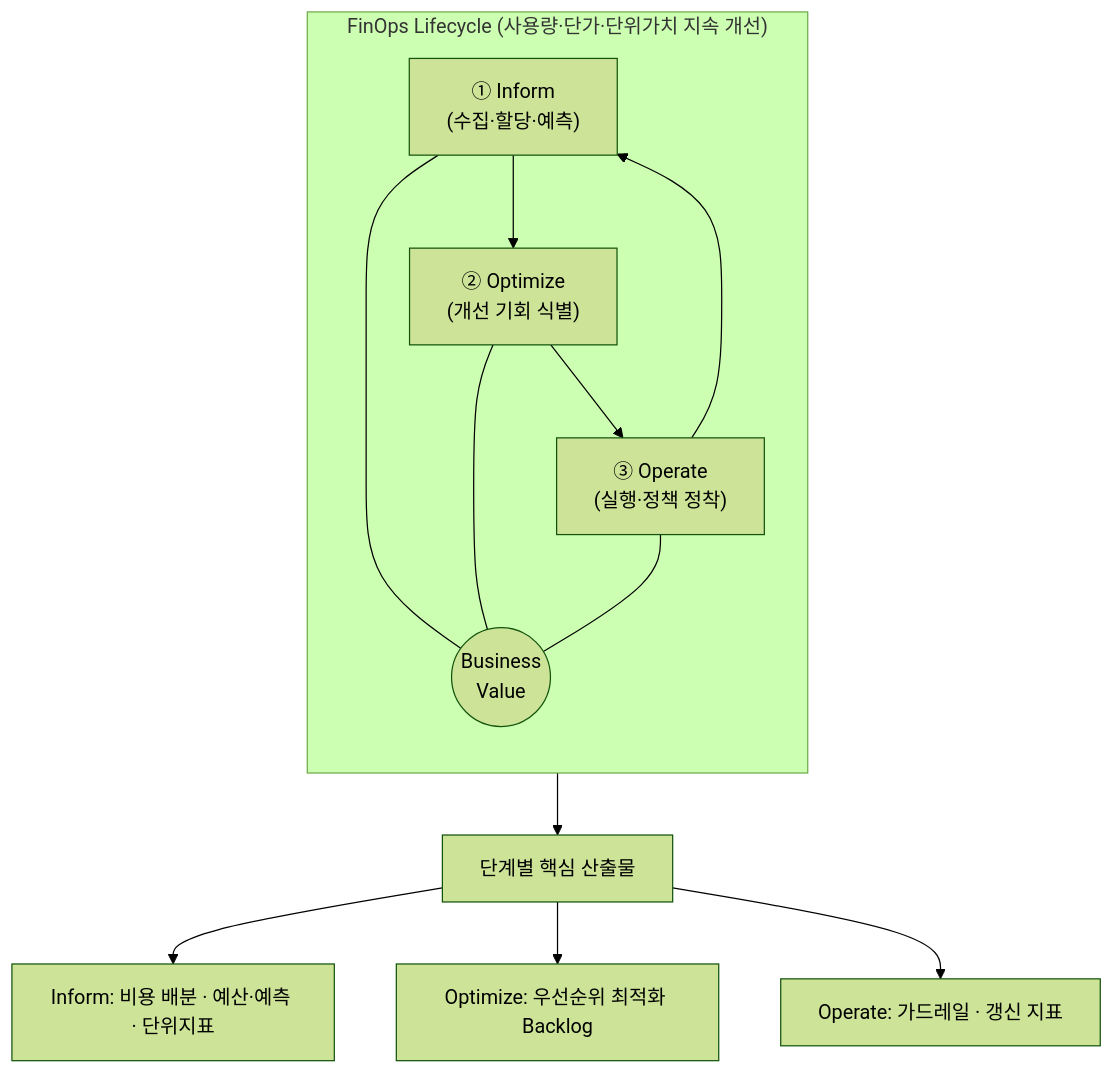
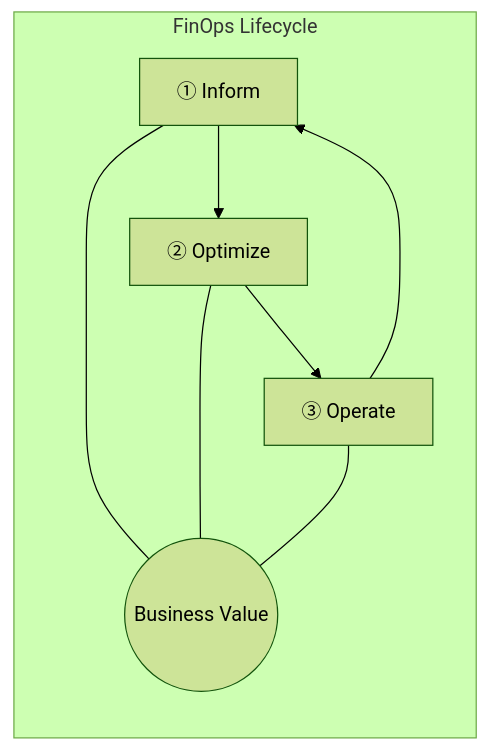
One commit to agnusdei1207/study changed the third of 3 diagrams in src/content/docs/notes/itpe/01-it-strategy/012_finops.md. Above: the diagram before and after it, drawn with Mermaid (forest theme). The commit also changed other lines of this file and 19 other files, not shown here.

````diff
--- a/src/content/docs/notes/itpe/01-it-strategy/012_finops.md
+++ b/src/content/docs/notes/itpe/01-it-strategy/012_finops.md
@@ -152,22 +143,12 @@
 ```mermaid
 flowchart TD
-    subgraph LC["FinOps Lifecycle (사용량·단가·단위가치 지속 개선)"]
+    subgraph LC["FinOps Lifecycle"]
         direction TB
-        INF["① Inform<br/>(수집·할당·예측)"]
-        OPT["② Optimize<br/>(개선 기회 식별)"]
-        OPR["③ Operate<br/>(실행·정책 정착)"]
-        BV((Business<br/>Value))
-
-        INF --> OPT
-        OPT --> OPR
+        INF["① Inform"] --> OPT["② Optimize"]
+        OPT --> OPR["③ Operate"]
         OPR --> INF
-        INF --- BV
+        INF --- BV((Business Value))
         OPT --- BV
         OPR --- BV
     end
-
-    LC --> OUT["단계별 핵심 산출물"]
-    OUT --> O1["Inform: 비용 배분 · 예산·예측 · 단위지표"]
-    OUT --> O2["Optimize: 우선순위 최적화 Backlog"]
-    OUT --> O3["Operate: 가드레일 · 갱신 지표"]
 ```
````
